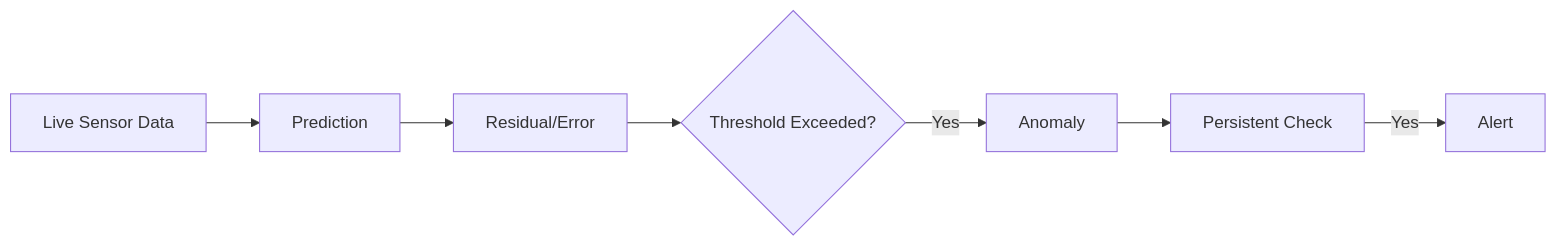
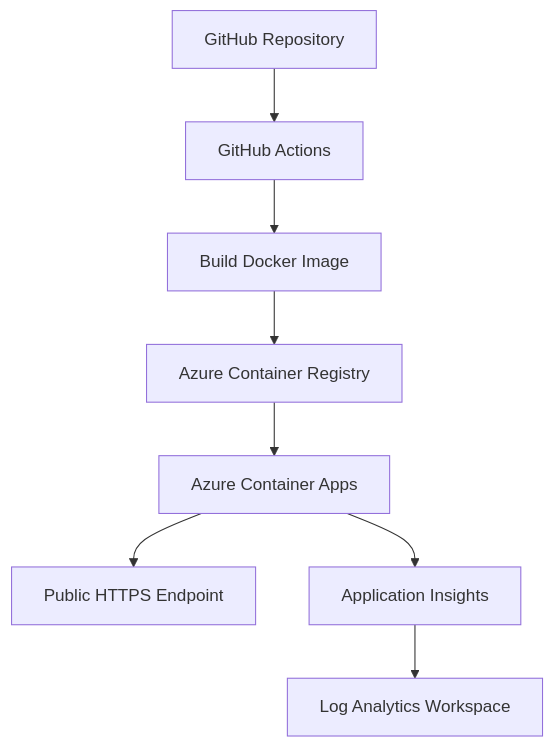
The third of 4 diagrams in README.md (abderrahmenyoussef/Ev-Energy-Mlops-Pipeline), drawn with Mermaid before and after one commit. The commit also changed other lines of this file, not shown here.

````diff
--- a/README.md
+++ b/README.md
@@ -141,9 +485,10 @@
 ```mermaid
-flowchart LR
-    A[Live Sensor Data] --> B[Prediction]
-    B --> C[Residual/Error]
-    C --> D{Threshold Exceeded?}
-    D -->|Yes| E[Anomaly]
-    E --> F[Persistent Check]
-    F -->|Yes| G[Alert]
+flowchart TD
+    A[GitHub Repository] --> B[GitHub Actions]
+    B --> C[Build Docker Image]
+    C --> D[Azure Container Registry]
+    D --> E[Azure Container Apps]
+    E --> F[Public HTTPS Endpoint]
+    E --> G[Application Insights]
+    G --> H[Log Analytics Workspace]
 ```
````
